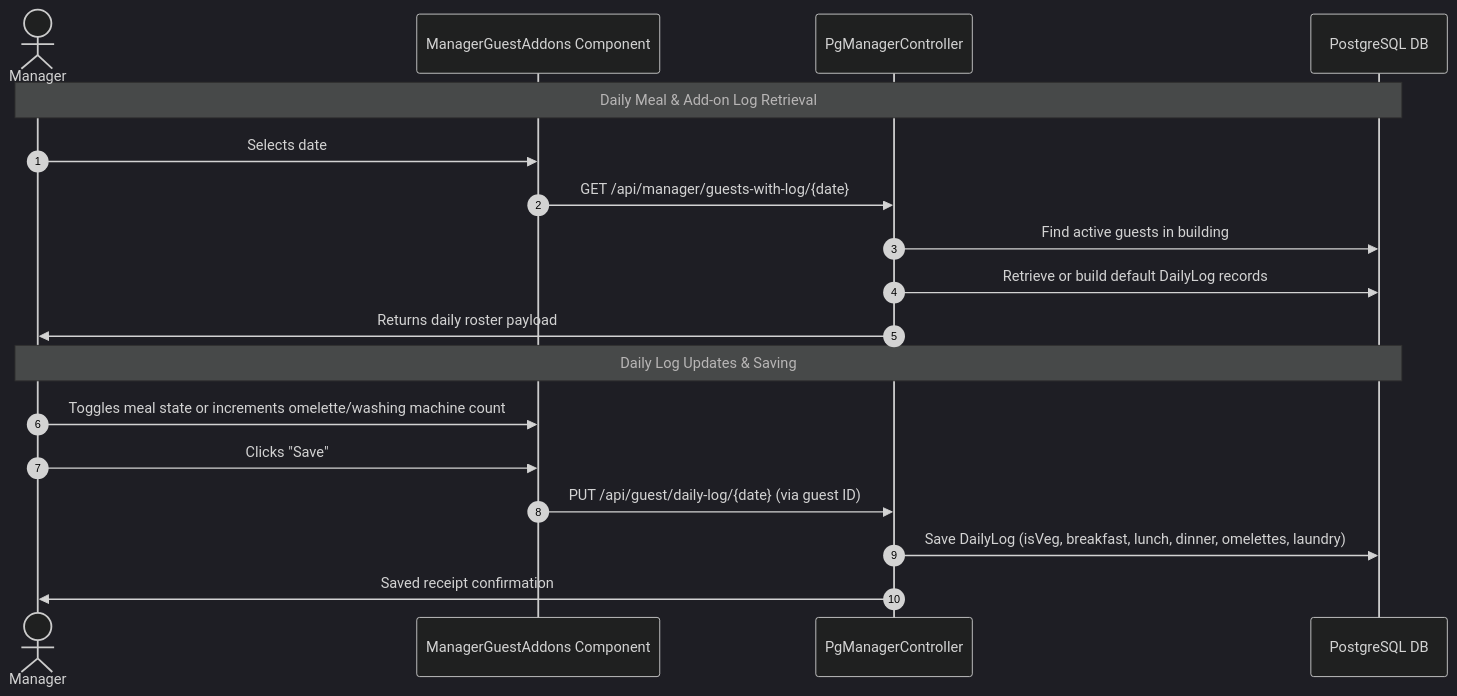
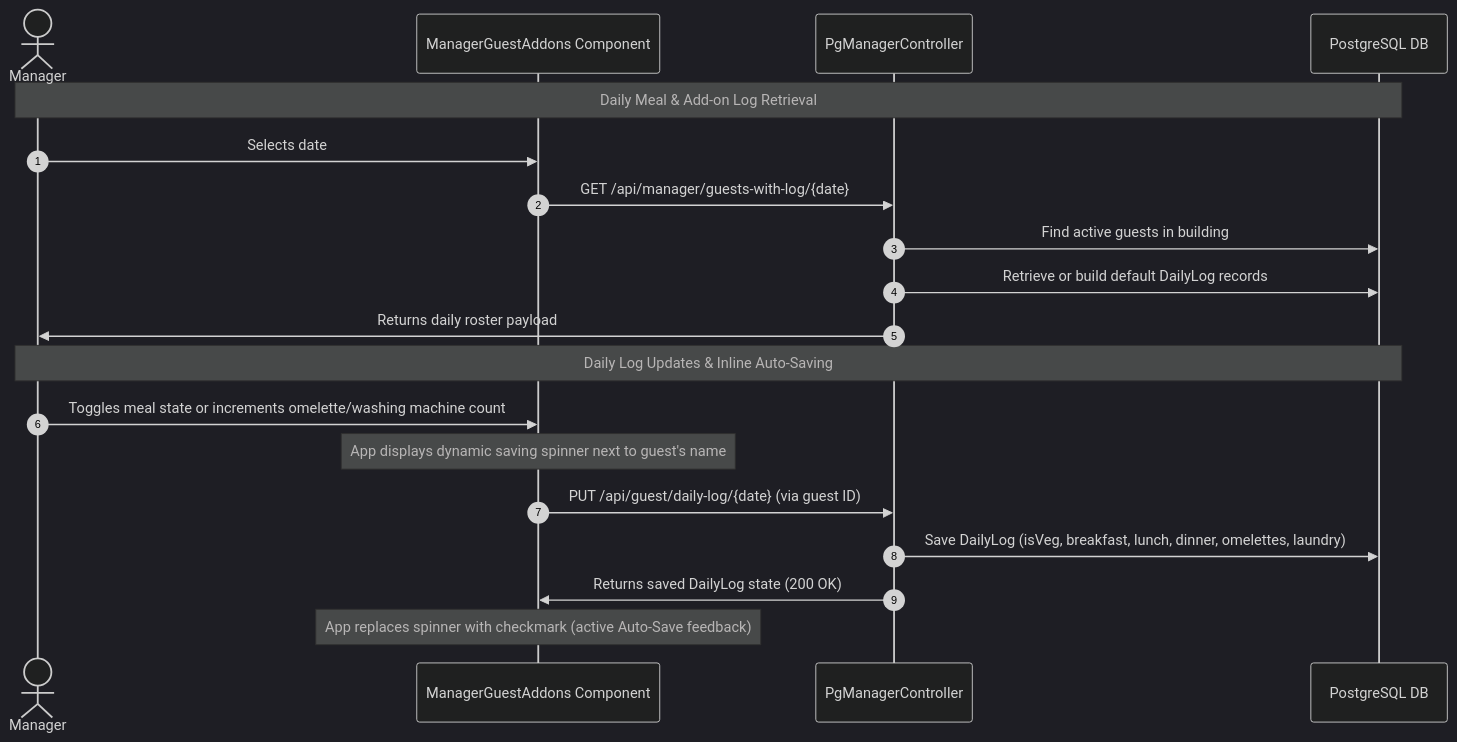
The fourth of 20 diagrams in WORKFLOWS.md (rahul-0906/PG-Project), drawn with Mermaid (dark theme) before and after one commit. The commit also changed other lines of this file and 3 other files, not shown here.

````diff
--- a/WORKFLOWS.md
+++ b/WORKFLOWS.md
@@ -104,22 +104,23 @@
 ```mermaid
 sequenceDiagram
     autonumber
     actor Manager
     participant App as ManagerGuestAddons Component
     participant Controller as PgManagerController
     participant DB as PostgreSQL DB
 
     Note over Manager, DB: Daily Meal & Add-on Log Retrieval
     Manager->>App: Selects date
     App->>Controller: GET /api/manager/guests-with-log/{date}
     Controller->>DB: Find active guests in building
     Controller->>DB: Retrieve or build default DailyLog records
     Controller->>Manager: Returns daily roster payload
     
-    Note over Manager, DB: Daily Log Updates & Saving
+    Note over Manager, DB: Daily Log Updates & Inline Auto-Saving
     Manager->>App: Toggles meal state or increments omelette/washing machine count
-    Manager->>App: Clicks "Save"
+    Note over App: App displays dynamic saving spinner next to guest's name
     App->>Controller: PUT /api/guest/daily-log/{date} (via guest ID)
     Controller->>DB: Save DailyLog (isVeg, breakfast, lunch, dinner, omelettes, laundry)
-    Controller->>Manager: Saved receipt confirmation
+    Controller->>App: Returns saved DailyLog state (200 OK)
+    Note over App: App replaces spinner with checkmark (active Auto-Save feedback)
 ```
````
